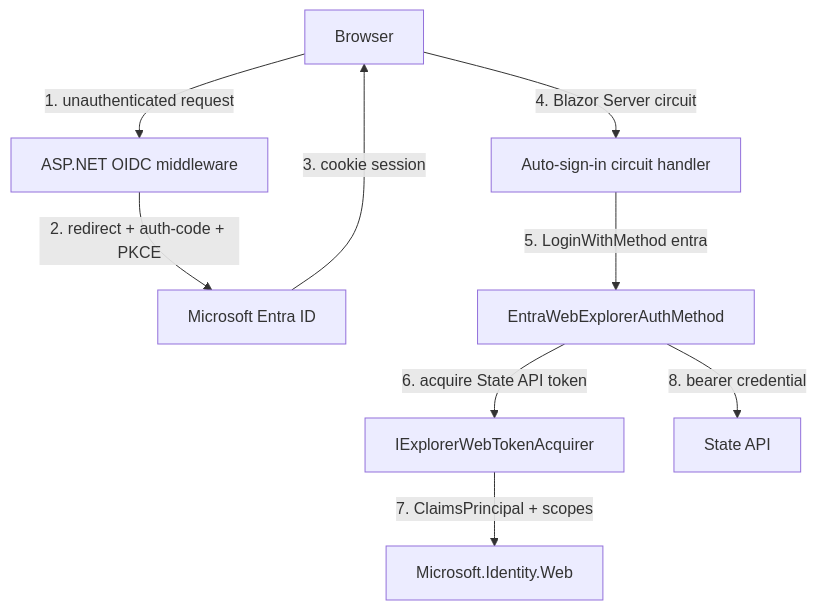
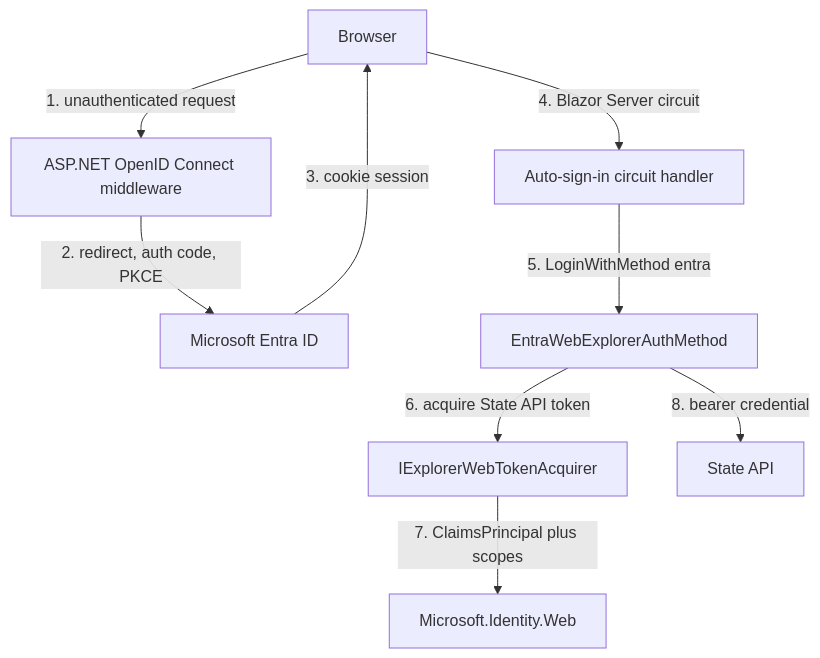
The diagram in docs/lattice.explorer.entra.web/architecture.md (NSTA1/Orleans.Lattice), drawn with Mermaid before and after one commit. The commit also changed other lines of this file and 33 other files, not shown here.

````diff
--- a/docs/lattice.explorer.entra.web/architecture.md
+++ b/docs/lattice.explorer.entra.web/architecture.md
@@ -7,11 +9,11 @@
 ```mermaid
 flowchart TD
-    Browser[Browser] -->|1. unauthenticated request| MW[ASP.NET OIDC middleware]
-    MW -->|2. redirect + auth-code + PKCE| Entra[Microsoft Entra ID]
+    Browser[Browser] -->|1. unauthenticated request| Middleware[ASP.NET OpenID Connect middleware]
+    Middleware -->|2. redirect, auth code, PKCE| Entra[Microsoft Entra ID]
     Entra -->|3. cookie session| Browser
     Browser -->|4. Blazor Server circuit| Circuit[Auto-sign-in circuit handler]
     Circuit -->|5. LoginWithMethod entra| Method[EntraWebExplorerAuthMethod]
     Method -->|6. acquire State API token| Acquirer[IExplorerWebTokenAcquirer]
-    Acquirer -->|7. ClaimsPrincipal + scopes| MIW[Microsoft.Identity.Web]
-    Method -->|8. bearer credential| State[State API]
+    Acquirer -->|7. ClaimsPrincipal plus scopes| IdentityWeb[Microsoft.Identity.Web]
+    Method -->|8. bearer credential| StateApi[State API]
 ```
````
